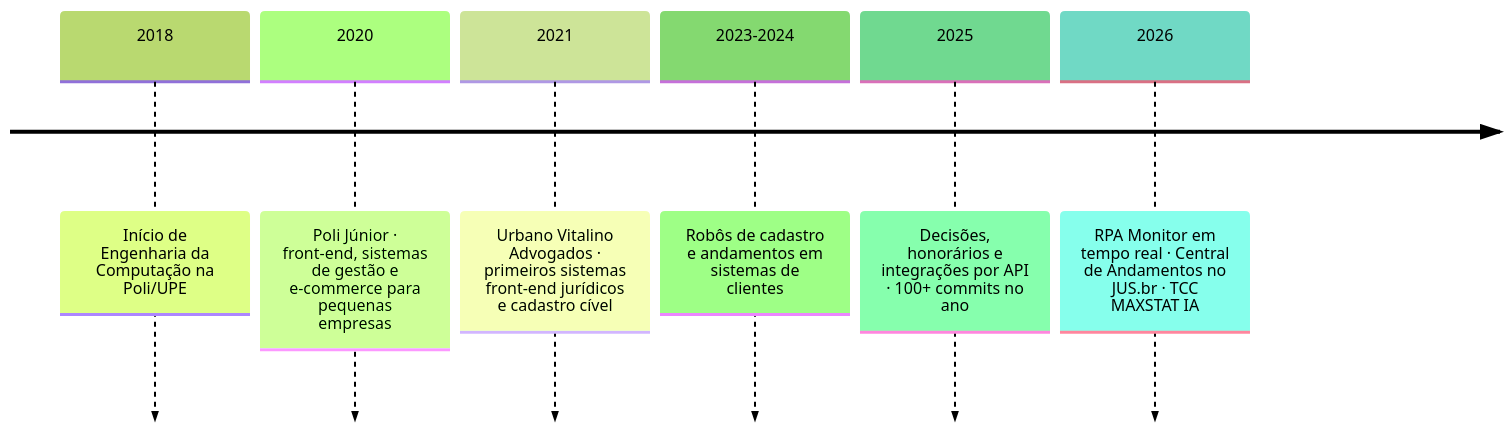
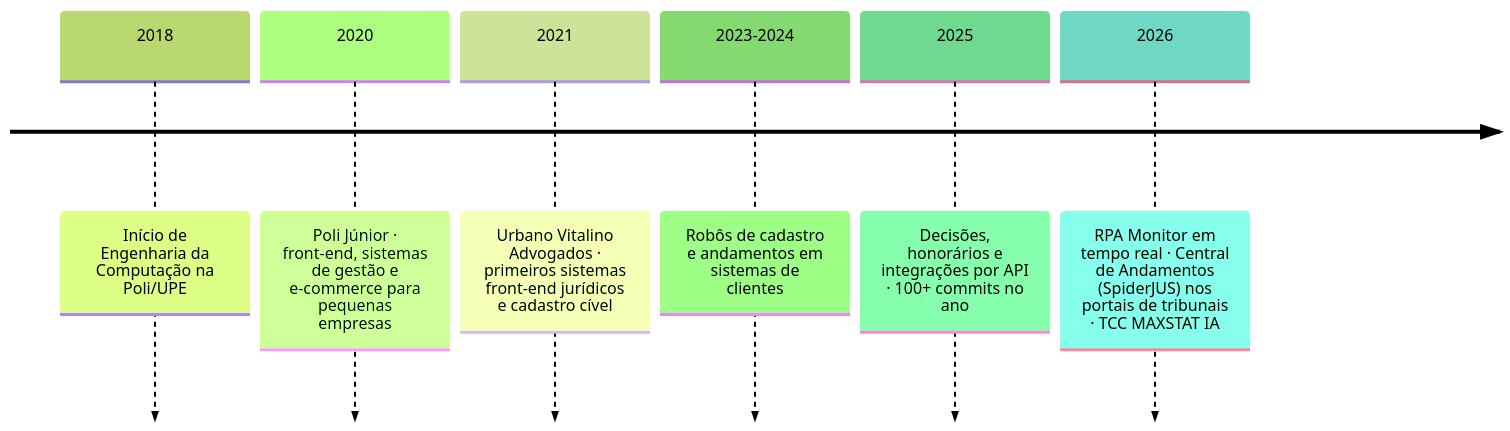
Before and after one commit to VictorBarros28/VictorBarros28: the first of 2 diagrams in README.md, drawn with Mermaid (forest theme). The commit also changed other lines of this file and 1 other file, not shown here.

Commit message:
docs: refere-se a portais de tribunais em vez do JUS.br

````diff
--- a/README.md
+++ b/README.md
@@ -31,9 +31,9 @@
 ```mermaid
 timeline
     2018 : Início de Engenharia da Computação na Poli/UPE
     2020 : Poli Júnior · front-end, sistemas de gestão e e-commerce para pequenas empresas
     2021 : Urbano Vitalino Advogados · primeiros sistemas front-end jurídicos e cadastro cível
     2023-2024 : Robôs de cadastro e andamentos em sistemas de clientes
     2025 : Decisões, honorários e integrações por API · 100+ commits no ano
-    2026 : RPA Monitor em tempo real · Central de Andamentos no JUS.br · TCC MAXSTAT IA
+    2026 : RPA Monitor em tempo real · Central de Andamentos (SpiderJUS) nos portais de tribunais · TCC MAXSTAT IA
 ```
````
